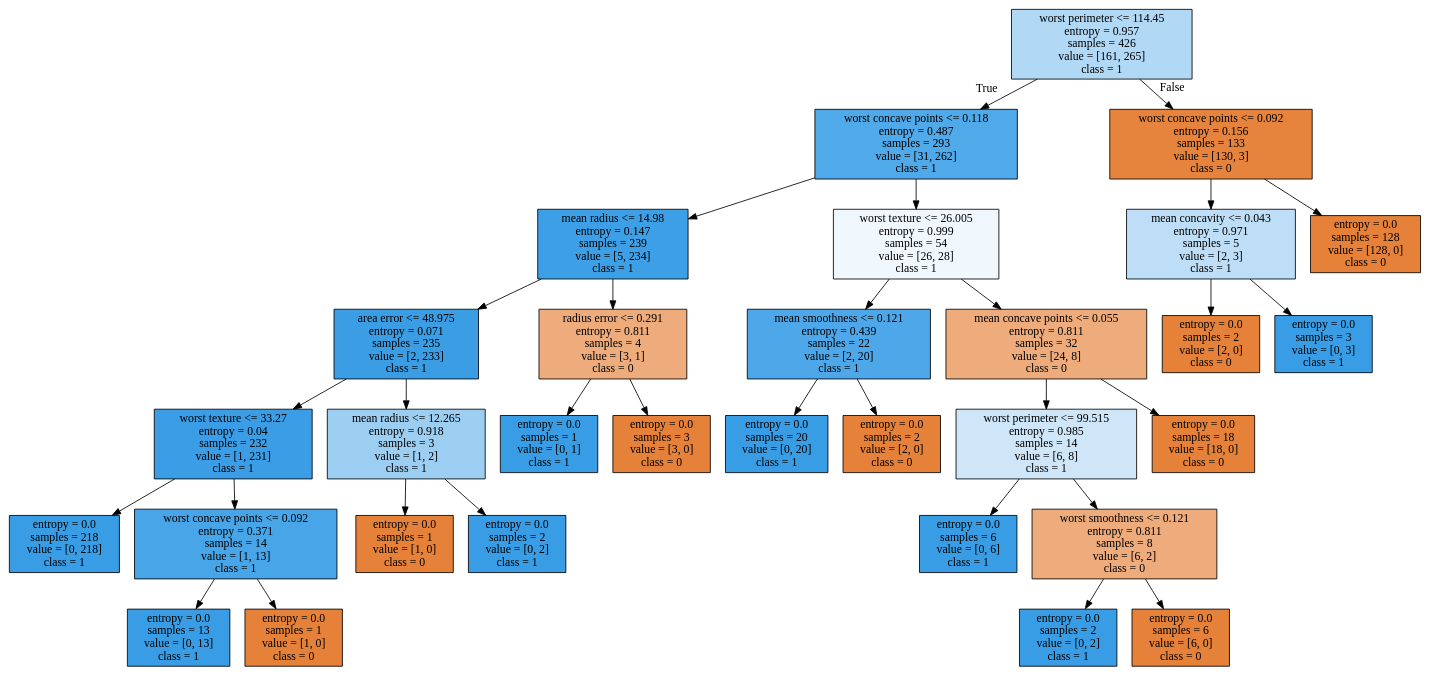
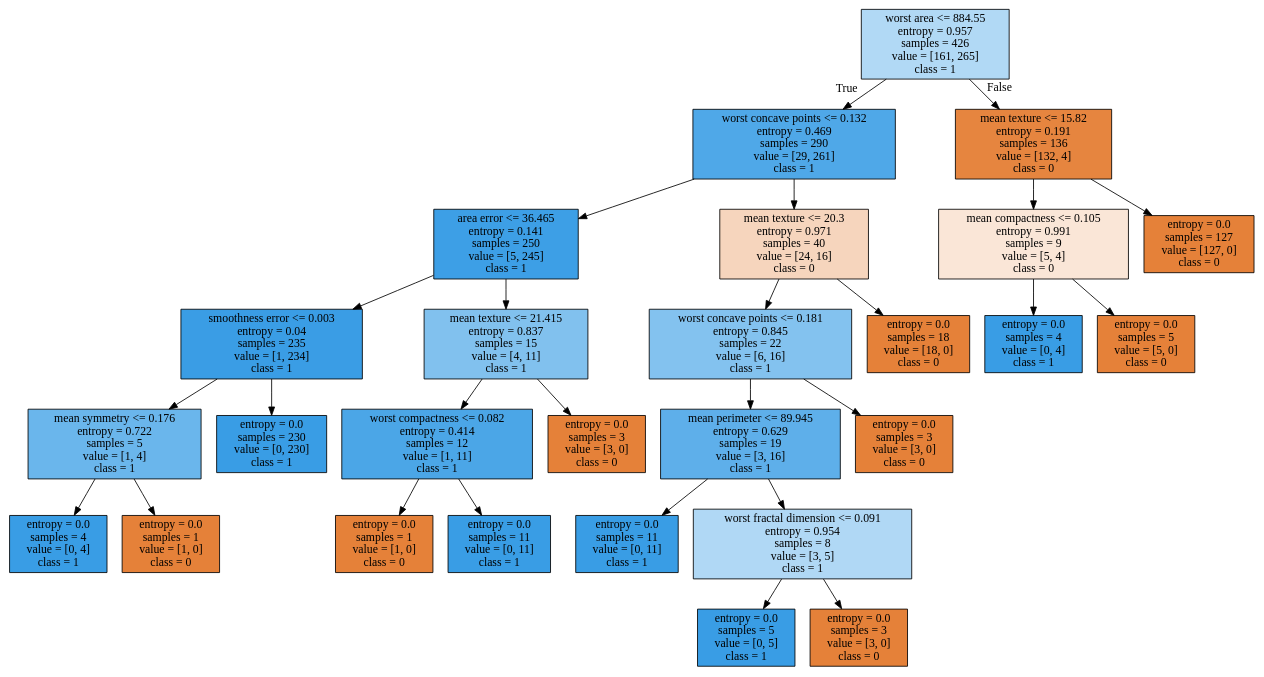
Before and after one commit to allyryry/3950_Workbooks: the diagram in tree.dot, drawn with Graphviz. The commit also changed 2 other files, not shown here.

```diff
--- a/tree.dot
+++ b/tree.dot
@@ -1,64 +1,56 @@
 digraph Tree {
 node [shape=box, style="filled", color="black"] ;
-0 [label="worst perimeter <= 114.45\nentropy = 0.957\nsamples = 426\nvalue = [161, 265]\nclass = 1", fillcolor="#b1d9f5"] ;
-1 [label="worst concave points <= 0.118\nentropy = 0.487\nsamples = 293\nvalue = [31, 262]\nclass = 1", fillcolor="#50a9e8"] ;
+0 [label="worst area <= 884.55\nentropy = 0.957\nsamples = 426\nvalue = [161, 265]\nclass = 1", fillcolor="#b1d9f5"] ;
+1 [label="worst concave points <= 0.132\nentropy = 0.469\nsamples = 290\nvalue = [29, 261]\nclass = 1", fillcolor="#4fa8e8"] ;
 0 -> 1 [labeldistance=2.5, labelangle=45, headlabel="True"] ;
-2 [label="mean radius <= 14.98\nentropy = 0.147\nsamples = 239\nvalue = [5, 234]\nclass = 1", fillcolor="#3d9fe6"] ;
+2 [label="area error <= 36.465\nentropy = 0.141\nsamples = 250\nvalue = [5, 245]\nclass = 1", fillcolor="#3d9fe6"] ;
 1 -> 2 ;
-3 [label="area error <= 48.975\nentropy = 0.071\nsamples = 235\nvalue = [2, 233]\nclass = 1", fillcolor="#3b9ee5"] ;
+3 [label="smoothness error <= 0.003\nentropy = 0.04\nsamples = 235\nvalue = [1, 234]\nclass = 1", fillcolor="#3a9de5"] ;
 2 -> 3 ;
-4 [label="worst texture <= 33.27\nentropy = 0.04\nsamples = 232\nvalue = [1, 231]\nclass = 1", fillcolor="#3a9de5"] ;
+4 [label="mean symmetry <= 0.176\nentropy = 0.722\nsamples = 5\nvalue = [1, 4]\nclass = 1", fillcolor="#6ab6ec"] ;
 3 -> 4 ;
-5 [label="entropy = 0.0\nsamples = 218\nvalue = [0, 218]\nclass = 1", fillcolor="#399de5"] ;
+5 [label="entropy = 0.0\nsamples = 4\nvalue = [0, 4]\nclass = 1", fillcolor="#399de5"] ;
 4 -> 5 ;
-6 [label="worst concave points <= 0.092\nentropy = 0.371\nsamples = 14\nvalue = [1, 13]\nclass = 1", fillcolor="#48a5e7"] ;
+6 [label="entropy = 0.0\nsamples = 1\nvalue = [1, 0]\nclass = 0", fillcolor="#e58139"] ;
 4 -> 6 ;
-7 [label="entropy = 0.0\nsamples = 13\nvalue = [0, 13]\nclass = 1", fillcolor="#399de5"] ;
-6 -> 7 ;
-8 [label="entropy = 0.0\nsamples = 1\nvalue = [1, 0]\nclass = 0", fillcolor="#e58139"] ;
-6 -> 8 ;
-9 [label="mean radius <= 12.265\nentropy = 0.918\nsamples = 3\nvalue = [1, 2]\nclass = 1", fillcolor="#9ccef2"] ;
-3 -> 9 ;
+7 [label="entropy = 0.0\nsamples = 230\nvalue = [0, 230]\nclass = 1", fillcolor="#399de5"] ;
+3 -> 7 ;
+8 [label="mean texture <= 21.415\nentropy = 0.837\nsamples = 15\nvalue = [4, 11]\nclass = 1", fillcolor="#81c1ee"] ;
+2 -> 8 ;
+9 [label="worst compactness <= 0.082\nentropy = 0.414\nsamples = 12\nvalue = [1, 11]\nclass = 1", fillcolor="#4ba6e7"] ;
+8 -> 9 ;
 10 [label="entropy = 0.0\nsamples = 1\nvalue = [1, 0]\nclass = 0", fillcolor="#e58139"] ;
 9 -> 10 ;
-11 [label="entropy = 0.0\nsamples = 2\nvalue = [0, 2]\nclass = 1", fillcolor="#399de5"] ;
+11 [label="entropy = 0.0\nsamples = 11\nvalue = [0, 11]\nclass = 1", fillcolor="#399de5"] ;
 9 -> 11 ;
-12 [label="radius error <= 0.291\nentropy = 0.811\nsamples = 4\nvalue = [3, 1]\nclass = 0", fillcolor="#eeab7b"] ;
-2 -> 12 ;
-13 [label="entropy = 0.0\nsamples = 1\nvalue = [0, 1]\nclass = 1", fillcolor="#399de5"] ;
-12 -> 13 ;
-14 [label="entropy = 0.0\nsamples = 3\nvalue = [3, 0]\nclass = 0", fillcolor="#e58139"] ;
-12 -> 14 ;
-15 [label="worst texture <= 26.005\nentropy = 0.999\nsamples = 54\nvalue = [26, 28]\nclass = 1", fillcolor="#f1f8fd"] ;
-1 -> 15 ;
-16 [label="mean smoothness <= 0.121\nentropy = 0.439\nsamples = 22\nvalue = [2, 20]\nclass = 1", fillcolor="#4da7e8"] ;
+12 [label="entropy = 0.0\nsamples = 3\nvalue = [3, 0]\nclass = 0", fillcolor="#e58139"] ;
+8 -> 12 ;
+13 [label="mean texture <= 20.3\nentropy = 0.971\nsamples = 40\nvalue = [24, 16]\nclass = 0", fillcolor="#f6d5bd"] ;
+1 -> 13 ;
+14 [label="worst concave points <= 0.181\nentropy = 0.845\nsamples = 22\nvalue = [6, 16]\nclass = 1", fillcolor="#83c2ef"] ;
+13 -> 14 ;
+15 [label="mean perimeter <= 89.945\nentropy = 0.629\nsamples = 19\nvalue = [3, 16]\nclass = 1", fillcolor="#5eafea"] ;
+14 -> 15 ;
+16 [label="entropy = 0.0\nsamples = 11\nvalue = [0, 11]\nclass = 1", fillcolor="#399de5"] ;
 15 -> 16 ;
-17 [label="entropy = 0.0\nsamples = 20\nvalue = [0, 20]\nclass = 1", fillcolor="#399de5"] ;
-16 -> 17 ;
-18 [label="entropy = 0.0\nsamples = 2\nvalue = [2, 0]\nclass = 0", fillcolor="#e58139"] ;
-16 -> 18 ;
-19 [label="mean concave points <= 0.055\nentropy = 0.811\nsamples = 32\nvalue = [24, 8]\nclass = 0", fillcolor="#eeab7b"] ;
-15 -> 19 ;
-20 [label="worst perimeter <= 99.515\nentropy = 0.985\nsamples = 14\nvalue = [6, 8]\nclass = 1", fillcolor="#cee6f8"] ;
-19 -> 20 ;
-21 [label="entropy = 0.0\nsamples = 6\nvalue = [0, 6]\nclass = 1", fillcolor="#399de5"] ;
-20 -> 21 ;
-22 [label="worst smoothness <= 0.121\nentropy = 0.811\nsamples = 8\nvalue = [6, 2]\nclass = 0", fillcolor="#eeab7b"] ;
-20 -> 22 ;
-23 [label="entropy = 0.0\nsamples = 2\nvalue = [0, 2]\nclass = 1", fillcolor="#399de5"] ;
+17 [label="worst fractal dimension <= 0.091\nentropy = 0.954\nsamples = 8\nvalue = [3, 5]\nclass = 1", fillcolor="#b0d8f5"] ;
+15 -> 17 ;
+18 [label="entropy = 0.0\nsamples = 5\nvalue = [0, 5]\nclass = 1", fillcolor="#399de5"] ;
+17 -> 18 ;
+19 [label="entropy = 0.0\nsamples = 3\nvalue = [3, 0]\nclass = 0", fillcolor="#e58139"] ;
+17 -> 19 ;
+20 [label="entropy = 0.0\nsamples = 3\nvalue = [3, 0]\nclass = 0", fillcolor="#e58139"] ;
+14 -> 20 ;
+21 [label="entropy = 0.0\nsamples = 18\nvalue = [18, 0]\nclass = 0", fillcolor="#e58139"] ;
+13 -> 21 ;
+22 [label="mean texture <= 15.82\nentropy = 0.191\nsamples = 136\nvalue = [132, 4]\nclass = 0", fillcolor="#e6853f"] ;
+0 -> 22 [labeldistance=2.5, labelangle=-45, headlabel="False"] ;
+23 [label="mean compactness <= 0.105\nentropy = 0.991\nsamples = 9\nvalue = [5, 4]\nclass = 0", fillcolor="#fae6d7"] ;
 22 -> 23 ;
-24 [label="entropy = 0.0\nsamples = 6\nvalue = [6, 0]\nclass = 0", fillcolor="#e58139"] ;
-22 -> 24 ;
-25 [label="entropy = 0.0\nsamples = 18\nvalue = [18, 0]\nclass = 0", fillcolor="#e58139"] ;
-19 -> 25 ;
-26 [label="worst concave points <= 0.092\nentropy = 0.156\nsamples = 133\nvalue = [130, 3]\nclass = 0", fillcolor="#e6843e"] ;
-0 -> 26 [labeldistance=2.5, labelangle=-45, headlabel="False"] ;
-27 [label="mean concavity <= 0.043\nentropy = 0.971\nsamples = 5\nvalue = [2, 3]\nclass = 1", fillcolor="#bddef6"] ;
-26 -> 27 ;
-28 [label="entropy = 0.0\nsamples = 2\nvalue = [2, 0]\nclass = 0", fillcolor="#e58139"] ;
-27 -> 28 ;
-29 [label="entropy = 0.0\nsamples = 3\nvalue = [0, 3]\nclass = 1", fillcolor="#399de5"] ;
-27 -> 29 ;
-30 [label="entropy = 0.0\nsamples = 128\nvalue = [128, 0]\nclass = 0", fillcolor="#e58139"] ;
-26 -> 30 ;
+24 [label="entropy = 0.0\nsamples = 4\nvalue = [0, 4]\nclass = 1", fillcolor="#399de5"] ;
+23 -> 24 ;
+25 [label="entropy = 0.0\nsamples = 5\nvalue = [5, 0]\nclass = 0", fillcolor="#e58139"] ;
+23 -> 25 ;
+26 [label="entropy = 0.0\nsamples = 127\nvalue = [127, 0]\nclass = 0", fillcolor="#e58139"] ;
+22 -> 26 ;
 }
```
